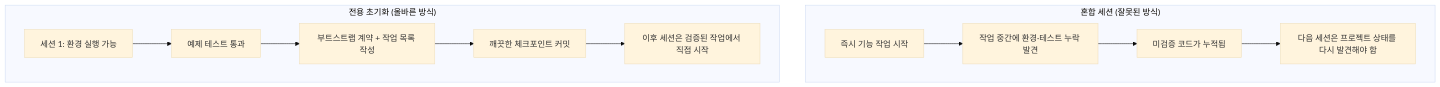
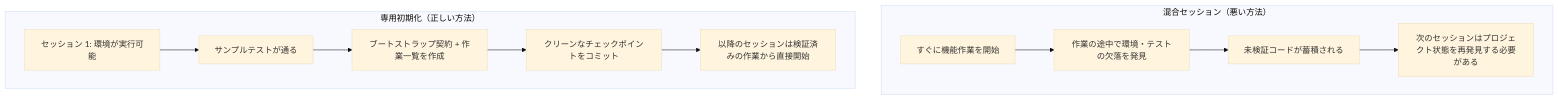
One commit to mkusaka/learn-harness-engineering changed the diagram in docs/ko/lectures/lecture-06-why-initialization-needs-its-own-phase/index.md. Above: the diagram before and after it, drawn with Mermaid (base theme). The commit also changed other lines of this file and 571 other files, not shown here.

````diff
--- a/docs/ko/lectures/lecture-06-why-initialization-needs-its-own-phase/index.md
+++ b/docs/ko/lectures/lecture-06-why-initialization-needs-its-own-phase/index.md
@@ -22,15 +22,15 @@
 ```mermaid
 flowchart TB
-    subgraph Wrong["혼합 세션 (잘못된 방식)"]
-        W1["즉시 기능 작업 시작"] --> W2["작업 중간에 환경·테스트 누락 발견"]
-        W2 --> W3["미검증 코드가 누적됨"]
-        W3 --> W4["다음 세션은 프로젝트 상태를 다시 발견해야 함"]
+    subgraph Wrong["混合セッション（悪い方法）"]
+        W1["すぐに機能作業を開始"] --> W2["作業の途中で環境・テストの欠落を発見"]
+        W2 --> W3["未検証コードが蓄積される"]
+        W3 --> W4["次のセッションはプロジェクト状態を再発見する必要がある"]
     end
 
-    subgraph Right["전용 초기화 (올바른 방식)"]
-        R1["세션 1: 환경 실행 가능"] --> R2["예제 테스트 통과"]
-        R2 --> R3["부트스트랩 계약 + 작업 목록 작성"]
-        R3 --> R4["깨끗한 체크포인트 커밋"]
-        R4 --> R5["이후 세션은 검증된 작업에서 직접 시작"]
+    subgraph Right["専用初期化（正しい方法）"]
+        R1["セッション 1: 環境が実行可能"] --> R2["サンプルテストが通る"]
+        R2 --> R3["ブートストラップ契約 + 作業一覧を作成"]
+        R3 --> R4["クリーンなチェックポイントをコミット"]
+        R4 --> R5["以降のセッションは検証済みの作業から直接開始"]
     end
 ```
````
